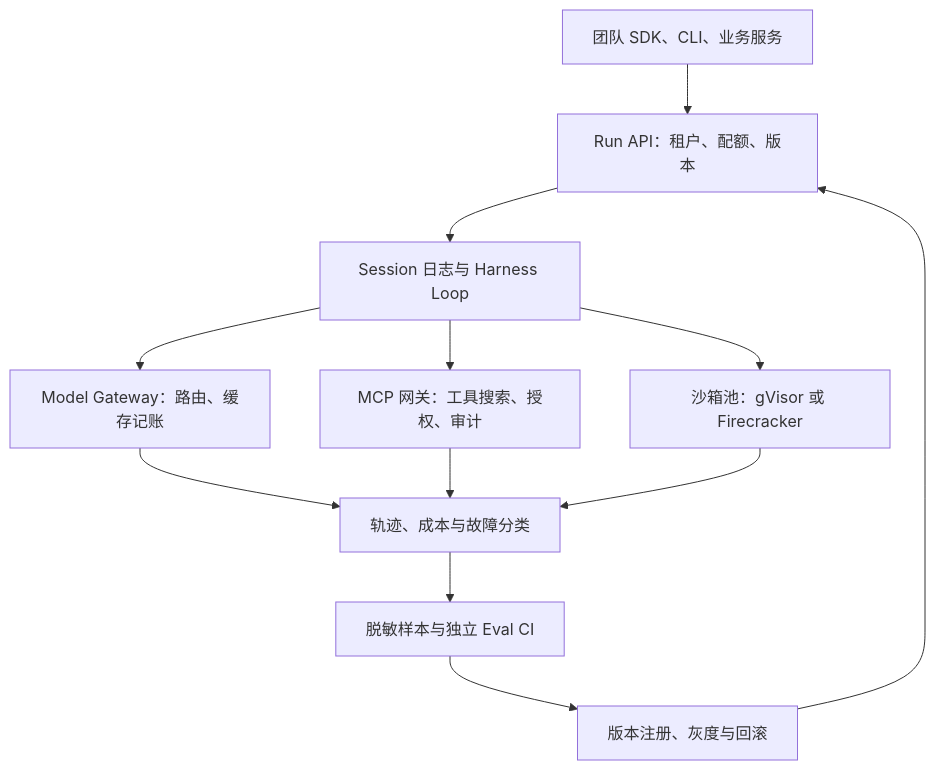
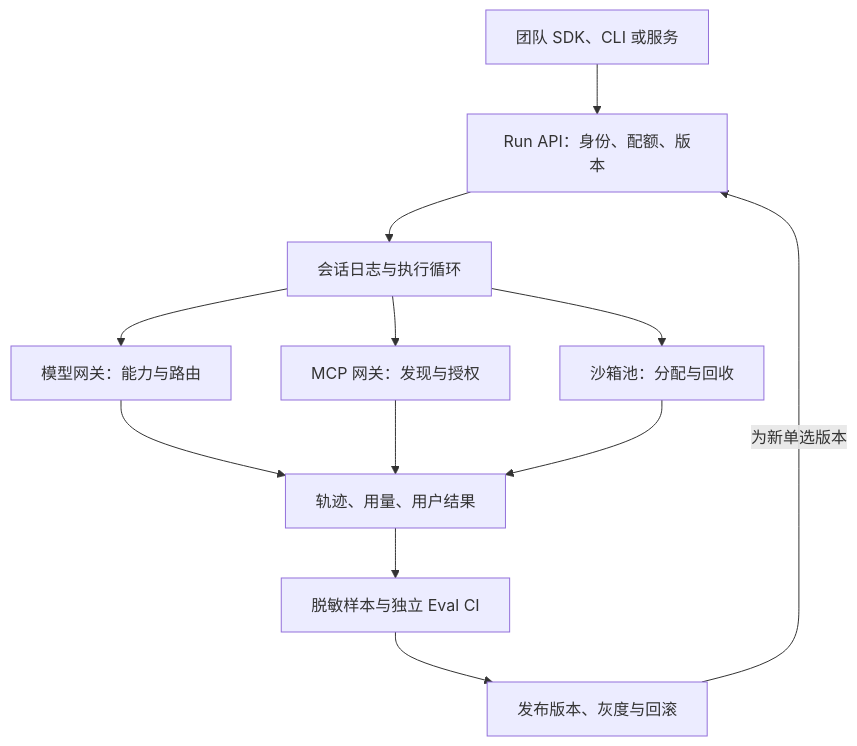
The sixth of 6 diagrams in 10-frontier-trends-2026-and-interview-playbook/02-interview-system-design-playbook.md (echonoshy/agent-engineering-handbook), drawn with Mermaid before and after one commit. The commit also changed other lines of this file and 21 other files, not shown here.

````diff
--- a/10-frontier-trends-2026-and-interview-playbook/02-interview-system-design-playbook.md
+++ b/10-frontier-trends-2026-and-interview-playbook/02-interview-system-design-playbook.md
@@ -221,14 +248,14 @@
 ```mermaid
 flowchart TD
-    A["团队 SDK、CLI、业务服务"] --> B["Run API：租户、配额、版本"]
-    B --> C["Session 日志与 Harness Loop"]
-    C --> M["Model Gateway：路由、缓存记账"]
-    C --> T["MCP 网关：工具搜索、授权、审计"]
-    C --> S["沙箱池：gVisor 或 Firecracker"]
-    M --> O["轨迹、成本与故障分类"]
+    A["团队 SDK、CLI 或服务"] --> B["Run API：身份、配额、版本"]
+    B --> C["会话日志与执行循环"]
+    C --> M["模型网关：能力与路由"]
+    C --> T["MCP 网关：发现与授权"]
+    C --> S["沙箱池：分配与回收"]
+    M --> O["轨迹、用量、用户结果"]
     T --> O
     S --> O
     O --> E["脱敏样本与独立 Eval CI"]
-    E --> P["版本注册、灰度与回滚"]
-    P --> B
+    E --> P["发布版本、灰度与回滚"]
+    P -->|"为新单选版本"| B
 ```
````
